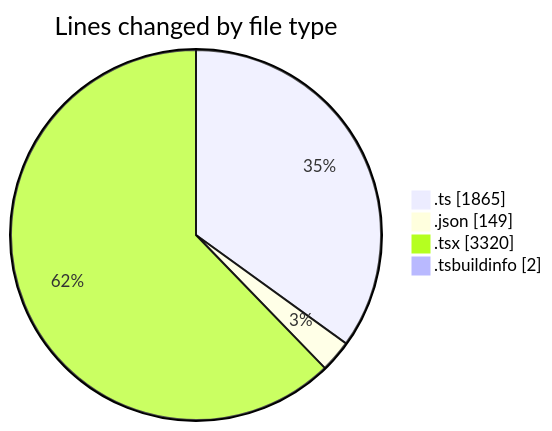
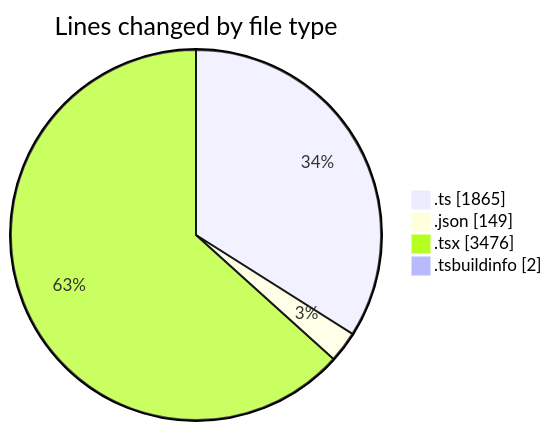
Before and after one commit to robertbonfada/code-tracking: the first of 2 diagrams in 2025-02-20/mbc-web/README.md, drawn with Mermaid. The commit also changed other lines of this file and 1 other file, not shown here.

````diff
--- a/2025-02-20/mbc-web/README.md
+++ b/2025-02-20/mbc-web/README.md
@@ -48,8 +48,8 @@
 ```mermaid
 pie showData
 title Lines changed by file type
 ".ts" : 1865
 ".json" : 149
-".tsx" : 3320
+".tsx" : 3476
 ".tsbuildinfo" : 2
 ```
````
